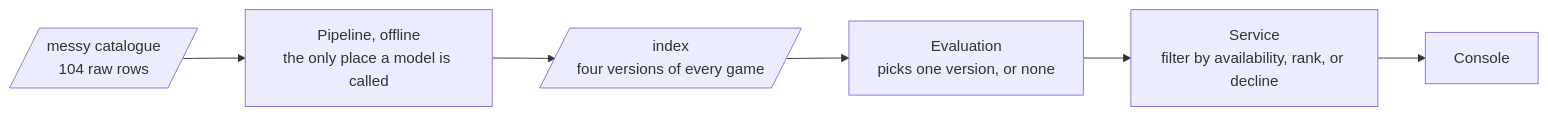
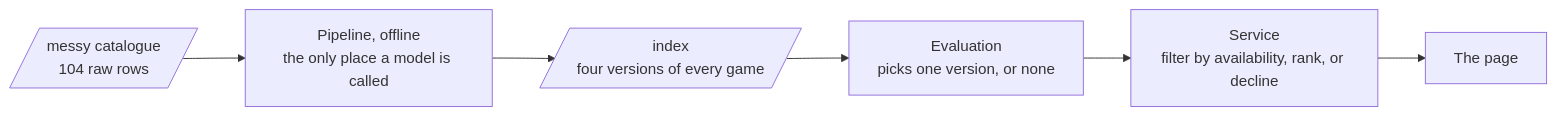
The diagram in README.md (AndriiPasternak31/because-you-played), drawn with Mermaid before and after one commit. The commit also changed other lines of this file and 32 other files, not shown here.

````diff
--- a/README.md
+++ b/README.md
@@ -19,8 +19,8 @@
 ```mermaid
 flowchart LR
   RAW[/"messy catalogue<br/>104 raw rows"/] --> PIPE["Pipeline, offline<br/>the only place a model is called"]
   PIPE --> IDX[/"index<br/>four versions of every game"/]
   IDX --> EVAL["Evaluation<br/>picks one version, or none"]
   EVAL --> SVC["Service<br/>filter by availability, rank, or decline"]
-  SVC --> CON["Console"]
+  SVC --> CON["The page"]
 ```
````
